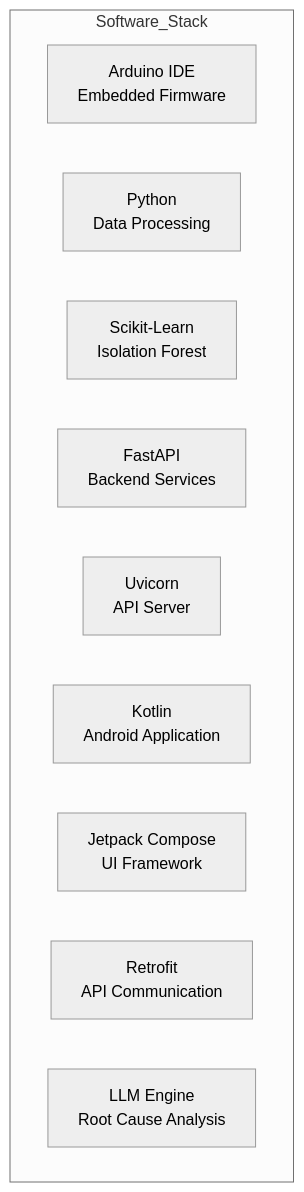
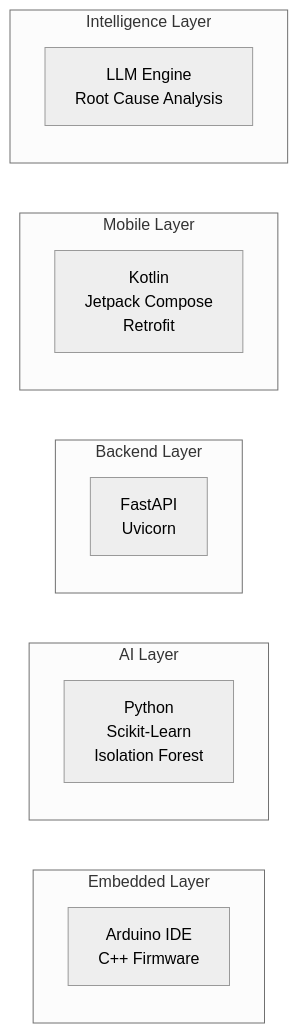
One commit to hyperS777/forgemind-qc changed the third of 3 diagrams in README.md. Above: the diagram before and after it, drawn with Mermaid (neutral theme). The commit also changed other lines of this file, not shown here.

````diff
--- a/README.md
+++ b/README.md
@@ -130,25 +136,23 @@
 ```mermaid
-flowchart TB
+flowchart LR
 
-subgraph Software_Stack
+subgraph S1["Embedded Layer"]
+A["Arduino IDE<br/>C++ Firmware"]
+end
 
-A[Arduino IDE<br>Embedded Firmware]
+subgraph S2["AI Layer"]
+B["Python<br/>Scikit-Learn<br/>Isolation Forest"]
+end
 
-B[Python<br>Data Processing]
+subgraph S3["Backend Layer"]
+C["FastAPI<br/>Uvicorn"]
+end
 
-C[Scikit-Learn<br>Isolation Forest]
+subgraph S4["Mobile Layer"]
+D["Kotlin<br/>Jetpack Compose<br/>Retrofit"]
+end
 
-D[FastAPI<br>Backend Services]
-
-E[Uvicorn<br>API Server]
-
-F[Kotlin<br>Android Application]
-
-G[Jetpack Compose<br>UI Framework]
-
-H[Retrofit<br>API Communication]
-
-I[LLM Engine<br>Root Cause Analysis]
-
+subgraph S5["Intelligence Layer"]
+E["LLM Engine<br/>Root Cause Analysis"]
 end
 ```
````
